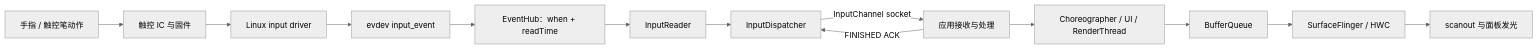
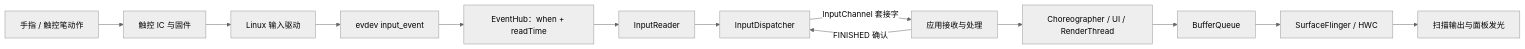
The diagram in src/part1-fundamentals/ch03-input/09-input-latency-budget-perception.md (Gracker/android-internals-wiki), drawn with Mermaid (neutral theme) before and after one commit. The commit also changed other lines of this file and 4 other files, not shown here.

````diff
--- a/src/part1-fundamentals/ch03-input/09-input-latency-budget-perception.md
+++ b/src/part1-fundamentals/ch03-input/09-input-latency-budget-perception.md
@@ -69,15 +69,15 @@
 ```mermaid
 flowchart LR
     PHY["手指 / 触控笔动作"] --> IC["触控 IC 与固件"]
-    IC --> KD["Linux input driver"]
+    IC --> KD["Linux 输入驱动"]
     KD --> EV["evdev input_event"]
     EV --> EH["EventHub：when + readTime"]
     EH --> IR["InputReader"]
     IR --> ID["InputDispatcher"]
-    ID -->|InputChannel socket| APP["应用接收与处理"]
-    APP -->|FINISHED ACK| ID
+    ID -->|InputChannel 套接字| APP["应用接收与处理"]
+    APP -->|FINISHED 确认| ID
     APP --> CH["Choreographer / UI / RenderThread"]
     CH --> BQ["BufferQueue"]
     BQ --> SF["SurfaceFlinger / HWC"]
-    SF --> PANEL["scanout 与面板发光"]
+    SF --> PANEL["扫描输出与面板发光"]
 ```
````
